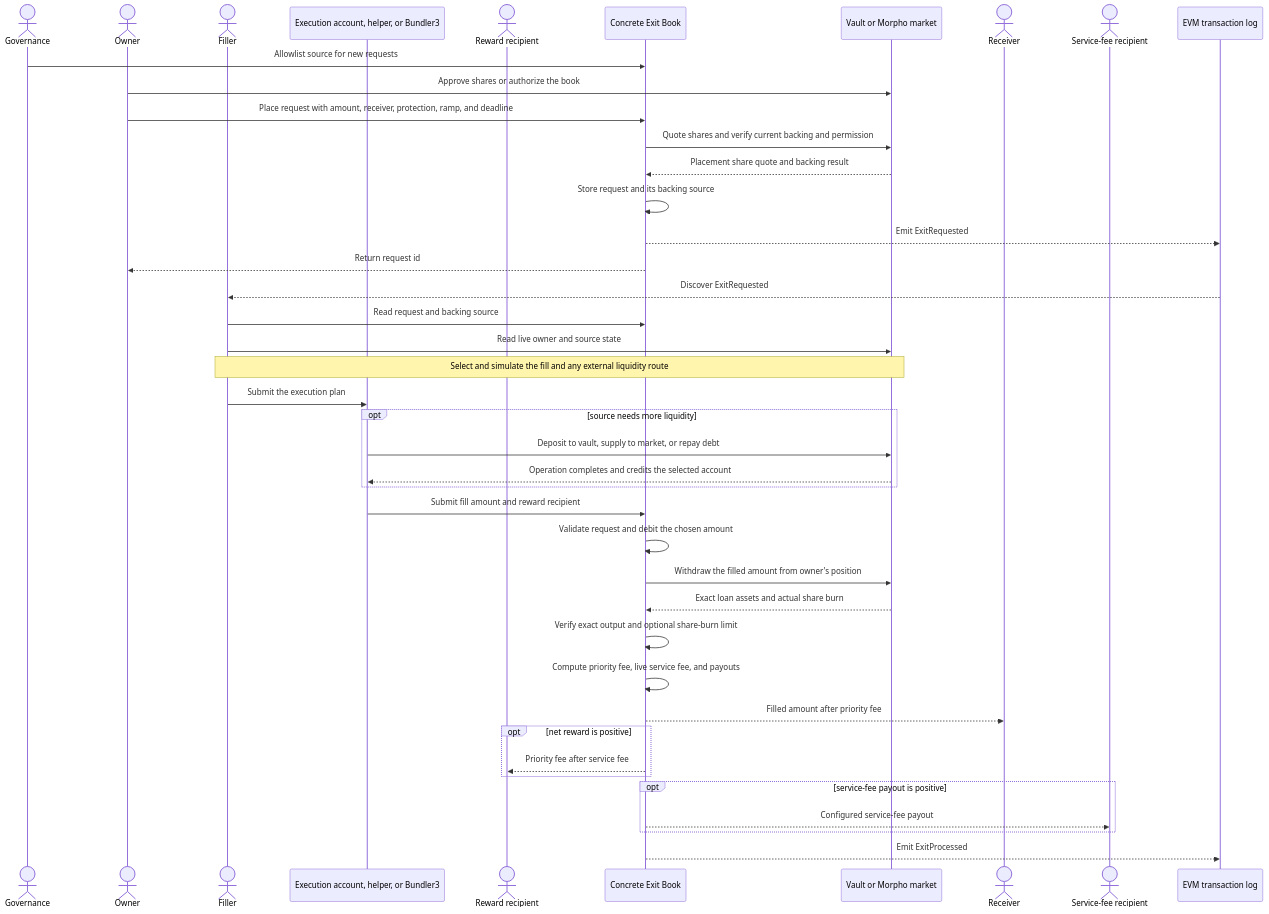
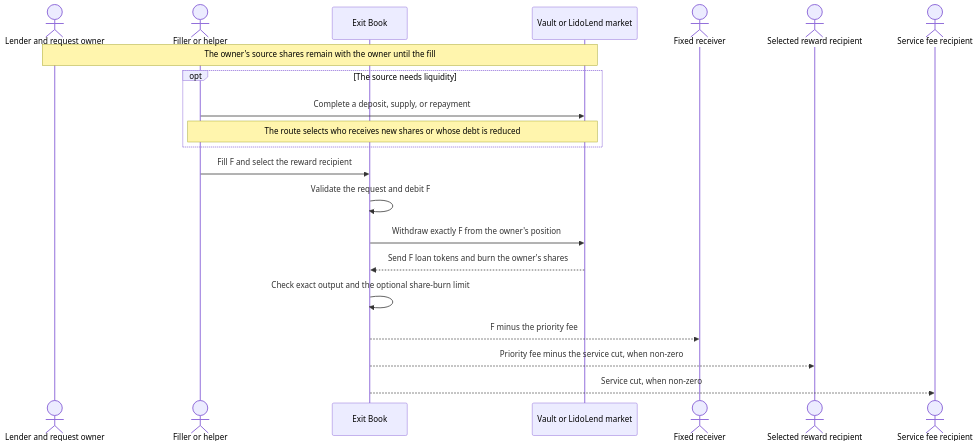
One commit to lidofinance/lend-markets changed the diagram in docs/specs/exit-books.md. Above: the diagram before and after it, drawn with Mermaid. The commit also changed other lines of this file and 8 other files, not shown here.

````diff
--- a/docs/specs/exit-books.md
+++ b/docs/specs/exit-books.md
@@ -50,47 +43,24 @@
 ```mermaid
 sequenceDiagram
-    actor Governance
-    actor Owner
-    actor Filler
-    participant Executor as Execution account, helper, or Bundler3
-    actor RewardRecipient as Reward recipient
-    participant Book as Concrete Exit Book
-    participant Source as Vault or Morpho market
-    actor Receiver
-    actor FeeRecipient as Service-fee recipient
-    participant Log as EVM transaction log
+    actor Owner as Lender and request owner
+    actor Executor as Filler or helper
+    participant Book as Exit Book
+    participant Source as Vault or LidoLend market
+    actor Receiver as Fixed receiver
+    actor Reward as Selected reward recipient
+    actor Service as Service fee recipient
 
-    Governance->>Book: Allowlist source for new requests
-    Owner->>Source: Approve shares or authorize the book
-    Owner->>Book: Place request with amount, receiver, protection, ramp, and deadline
-    Book->>Source: Quote shares and verify current backing and permission
-    Source-->>Book: Placement share quote and backing result
-    Book->>Book: Store request and its backing source
-    Book-->>Log: Emit ExitRequested
-    Book-->>Owner: Return request id
-
-    Log-->>Filler: Discover ExitRequested
-    Filler->>Book: Read request and backing source
-    Filler->>Source: Read live owner and source state
-    Note over Filler,Source: Select and simulate the fill and any external liquidity route
-    Filler->>Executor: Submit the execution plan
-    opt source needs more liquidity
-        Executor->>Source: Deposit to vault, supply to market, or repay debt
-        Source-->>Executor: Operation completes and credits the selected account
+    Note over Owner,Source: The owner's source shares remain with the owner until the fill
+    opt The source needs liquidity
+        Executor->>Source: Complete a deposit, supply, or repayment
+        Note over Executor,Source: The route selects who receives new shares or whose debt is reduced
     end
-    Executor->>Book: Submit fill amount and reward recipient
-    Book->>Book: Validate request and debit the chosen amount
-
-    Book->>Source: Withdraw the filled amount from owner's position
-    Source-->>Book: Exact loan assets and actual share burn
-    Book->>Book: Verify exact output and optional share-burn limit
-    Book->>Book: Compute priority fee, live service fee, and payouts
-    Book-->>Receiver: Filled amount after priority fee
-    opt net reward is positive
-        Book-->>RewardRecipient: Priority fee after service fee
-    end
-    opt service-fee payout is positive
-        Book-->>FeeRecipient: Configured service-fee payout
-    end
-    Book-->>Log: Emit ExitProcessed
+    Executor->>Book: Fill F and select the reward recipient
+    Book->>Book: Validate the request and debit F
+    Book->>Source: Withdraw exactly F from the owner's position
+    Source-->>Book: Send F loan tokens and burn the owner's shares
+    Book->>Book: Check exact output and the optional share-burn limit
+    Book-->>Receiver: F minus the priority fee
+    Book-->>Reward: Priority fee minus the service cut, when non-zero
+    Book-->>Service: Service cut, when non-zero
 ```
````
